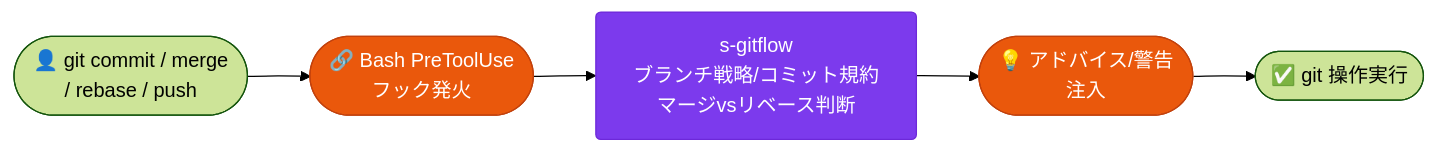
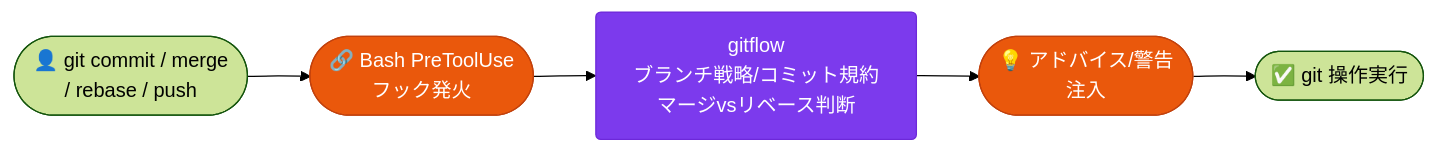
Before and after one commit to aokumablue/claq: the tenth of 12 diagrams in plugins/deepblue/README.md, drawn with Mermaid (forest theme). The commit also changed other lines of this file and 125 other files, not shown here.

````diff
--- a/plugins/deepblue/README.md
+++ b/plugins/deepblue/README.md
@@ -258,10 +261,10 @@
 ```mermaid
 flowchart LR
   classDef auto   fill:#ea580c,stroke:#c2410c,color:#fff,rx:4
   classDef skill  fill:#7c3aed,stroke:#6d28d9,color:#fff,rx:4
 
   U(["👤 git commit / merge\n/ rebase / push"]) --> HK(["🔗 Bash PreToolUse\nフック発火"]):::auto
-  HK --> SF["s-gitflow\nブランチ戦略/コミット規約\nマージvsリベース判断"]:::skill
+  HK --> SF["gitflow\nブランチ戦略/コミット規約\nマージvsリベース判断"]:::skill
   SF --> ADV(["💡 アドバイス/警告\n注入"]):::auto
   ADV --> GO(["✅ git 操作実行"])
 ```
````
